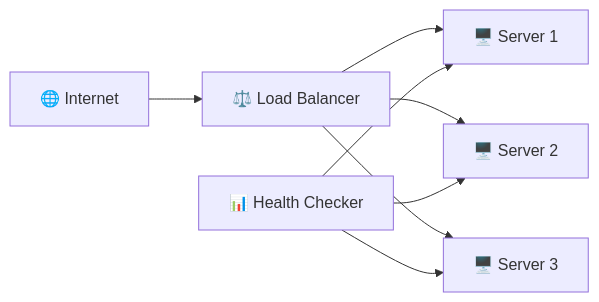
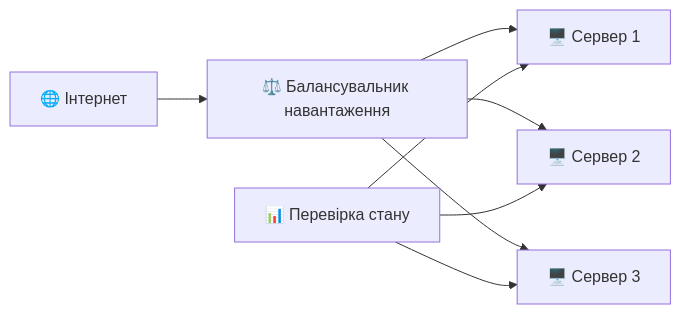
Before and after one commit to olroi421/course-web: the third of 19 diagrams in lectures/lecture-01.md, drawn with Mermaid. The commit also changed other lines of this file and 4 other files, not shown here.

````diff
--- a/lectures/lecture-01.md
+++ b/lectures/lecture-01.md
@@ -137,11 +171,11 @@
 ```mermaid
 graph LR
-    A[🌐 Internet] --> B[⚖️ Load Balancer]
-    B --> C[🖥️ Server 1]
-    B --> D[🖥️ Server 2]
-    B --> E[🖥️ Server 3]
+    A[🌐 Інтернет] --> B[⚖️ Балансувальник навантаження]
+    B --> C[🖥️ Сервер 1]
+    B --> D[🖥️ Сервер 2]
+    B --> E[🖥️ Сервер 3]
 
-    F[📊 Health Checker] --> C
+    F[📊 Перевірка стану] --> C
     F --> D
     F --> E
 ```
````
